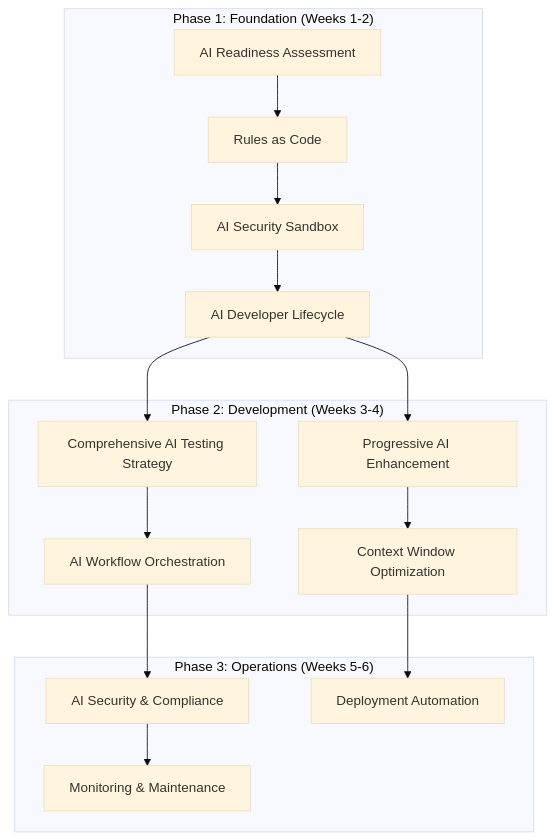
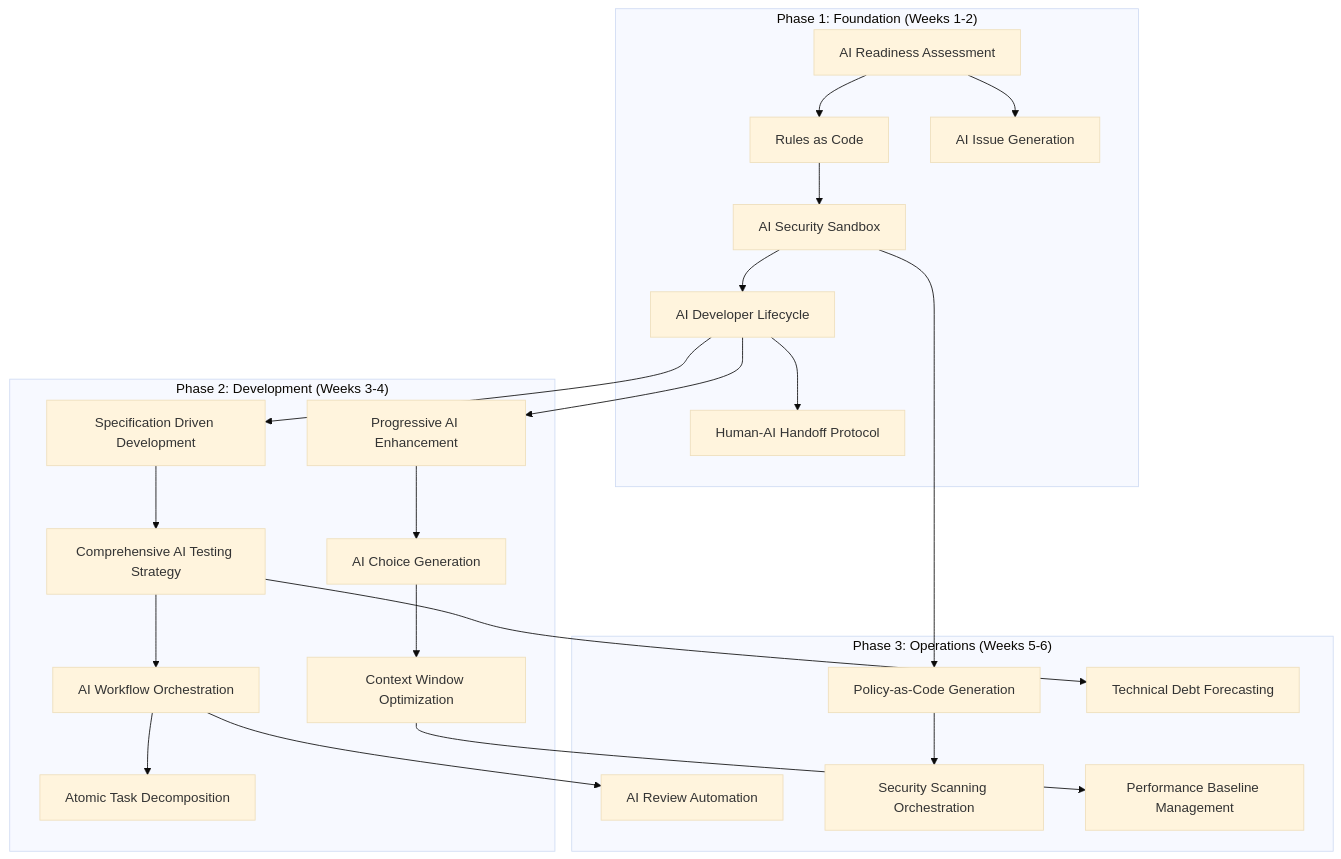
Before and after one commit to PaulDuvall/coding-with-ai-patterns: the first of 15 diagrams in README.md, drawn with Mermaid (base theme). The commit also changed other lines of this file and 11 other files, not shown here.

````diff
--- a/README.md
+++ b/README.md
@@ -17,21 +17,28 @@
 ```mermaid
 graph TD
     subgraph "Phase 1: Foundation (Weeks 1-2)"
         A[AI Readiness Assessment] --> B[Rules as Code]
         B --> C[AI Security Sandbox]
         C --> D[AI Developer Lifecycle]
+        A --> E[AI Issue Generation]
+        D --> F[Human-AI Handoff Protocol]
     end
     
     subgraph "Phase 2: Development (Weeks 3-4)"
-        D --> E[Comprehensive AI Testing Strategy]
-        D --> F[Progressive AI Enhancement]
-        E --> G[AI Workflow Orchestration]
-        F --> H[Context Window Optimization]
+        D --> G[Specification Driven Development]
+        G --> H[Comprehensive AI Testing Strategy]
+        D --> I[Progressive AI Enhancement]
+        I --> J[AI Choice Generation]
+        H --> K[AI Workflow Orchestration]
+        K --> L[Atomic Task Decomposition]
+        J --> M[Context Window Optimization]
     end
     
     subgraph "Phase 3: Operations (Weeks 5-6)"
-        G --> I[AI Security & Compliance]
-        H --> J[Deployment Automation]
-        I --> K[Monitoring & Maintenance]
+        K --> N[AI Review Automation]
+        C --> O[Policy-as-Code Generation]
+        O --> P[Security Scanning Orchestration]
+        M --> Q[Performance Baseline Management]
+        H --> R[Technical Debt Forecasting]
     end
 ```
````
